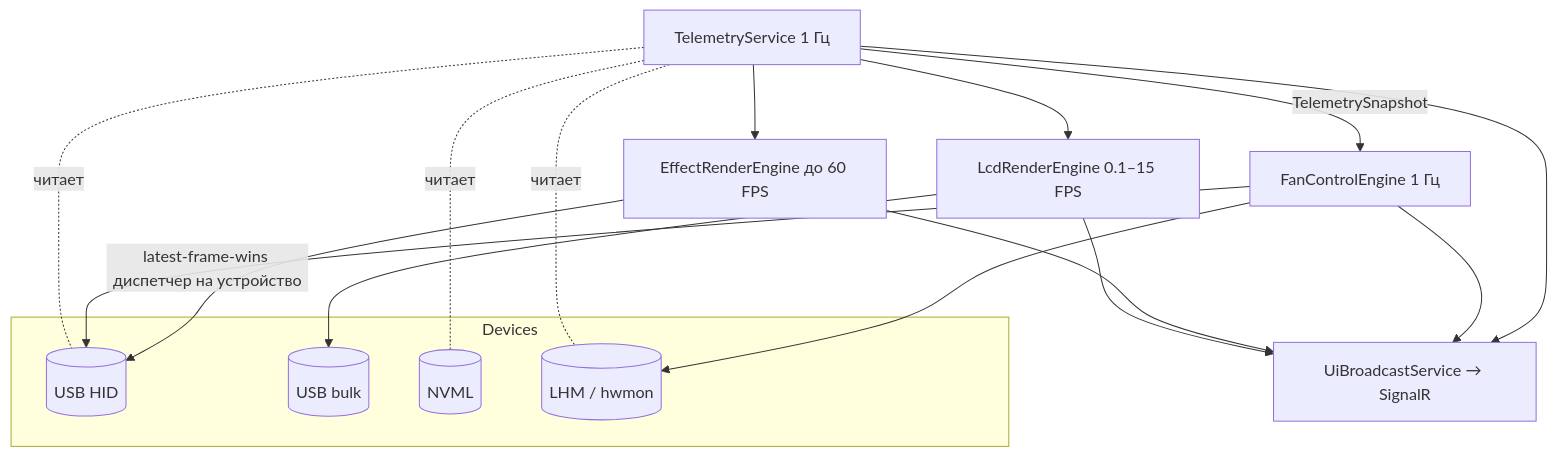
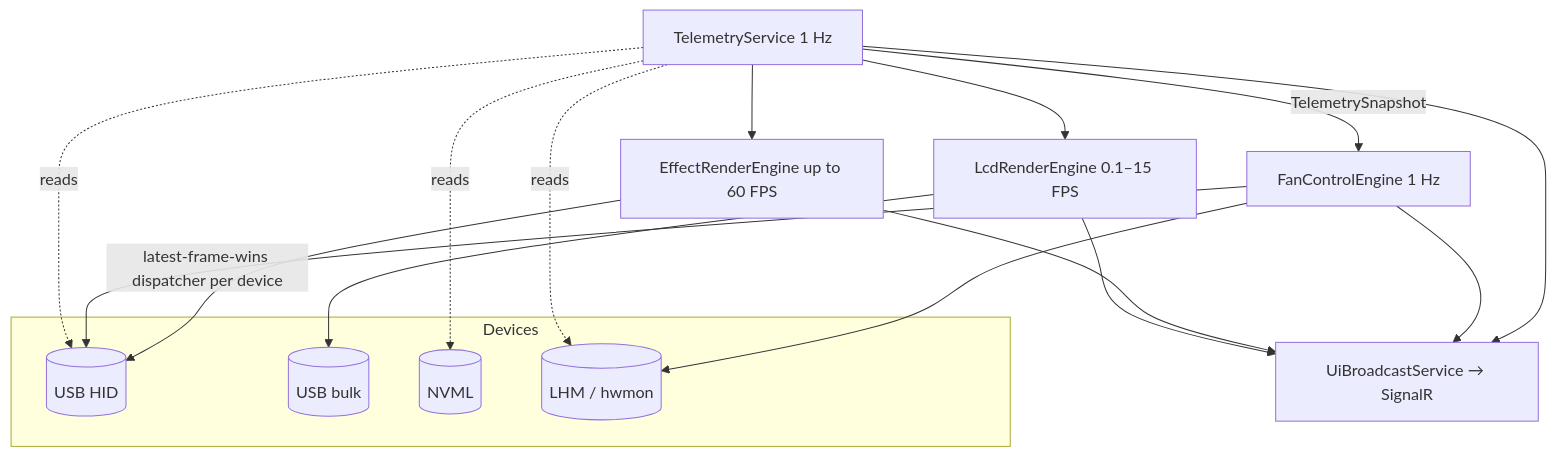
One commit to AndrewShchetkin/rigforge changed the second of 2 diagrams in ARCHITECTURE.md. Above: the diagram before and after it, drawn with Mermaid. The commit also changed other lines of this file and 4 other files, not shown here.

````diff
--- a/ARCHITECTURE.md
+++ b/ARCHITECTURE.md
@@ -66,17 +63,17 @@
 ```mermaid
 flowchart TB
   subgraph Devices
     HID[(USB HID)]
     BULK[(USB bulk)]
     NVML[(NVML)]
     LHM[(LHM / hwmon)]
   end
-  T[TelemetryService 1 Гц] -->|TelemetrySnapshot| F[FanControlEngine 1 Гц]
+  T[TelemetryService 1 Hz] -->|TelemetrySnapshot| F[FanControlEngine 1 Hz]
   T --> LCD[LcdRenderEngine 0.1–15 FPS]
-  T --> E[EffectRenderEngine до 60 FPS]
-  E -->|latest-frame-wins диспетчер на устройство| HID
+  T --> E[EffectRenderEngine up to 60 FPS]
+  E -->|latest-frame-wins dispatcher per device| HID
   F --> HID & LHM
   LCD --> BULK
-  T -. читает .- HID & NVML & LHM
+  T -. reads .-> HID & NVML & LHM
   T & F & E & LCD --> UI[UiBroadcastService → SignalR]
 ```
````
